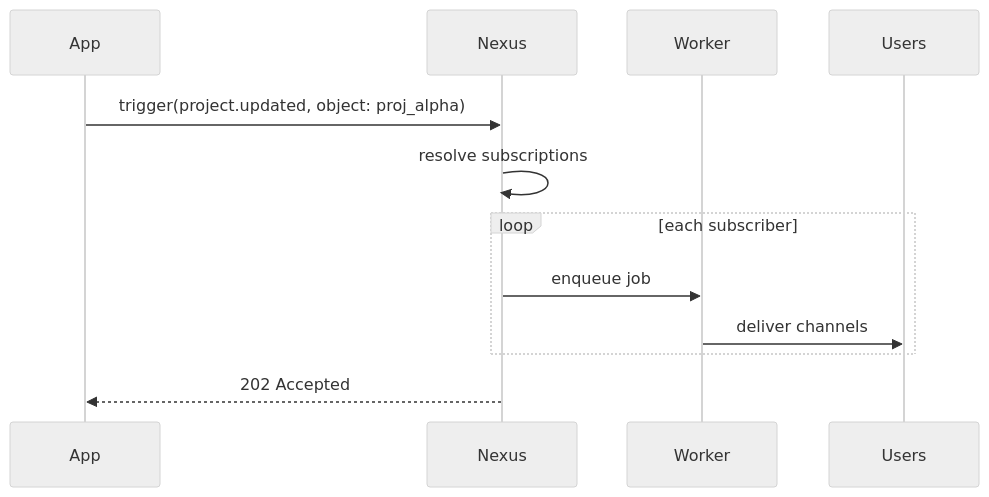
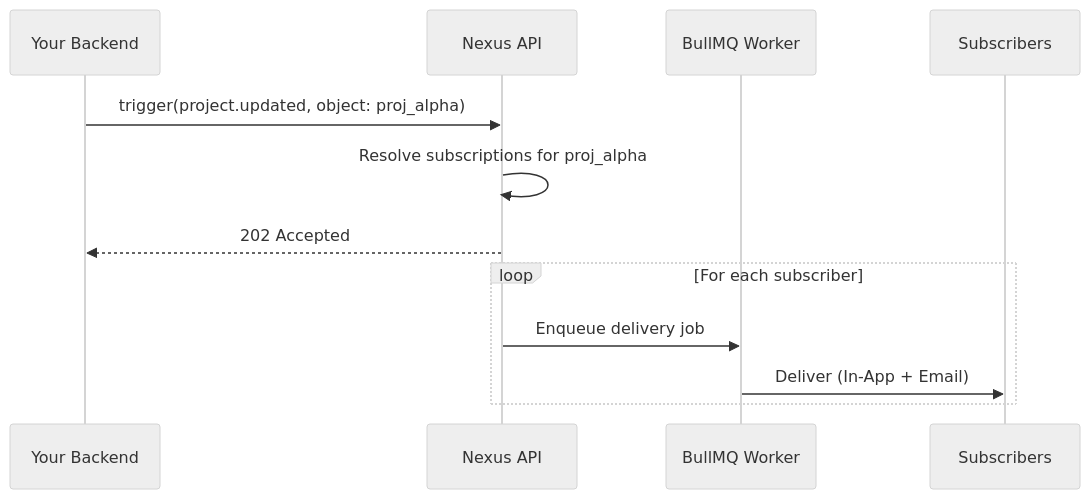
Before and after one commit to KriyanshKhunt/nexus_docs: the diagram in content/docs/en/platform/guides/object-fanout.mdx, drawn with Mermaid (neutral theme). The commit also changed other lines of this file and 4 other files, not shown here.

````diff
--- a/content/docs/en/platform/guides/object-fanout.mdx
+++ b/content/docs/en/platform/guides/object-fanout.mdx
@@ -64,15 +126,15 @@
 ```mermaid
 sequenceDiagram
-  participant App
-  participant Nexus
-  participant Worker
-  participant Users
+  participant App as Your Backend
+  participant Nexus as Nexus API
+  participant Worker as BullMQ Worker
+  participant Users as Subscribers
 
   App->>Nexus: trigger(project.updated, object: proj_alpha)
-  Nexus->>Nexus: resolve subscriptions
-  loop each subscriber
-    Nexus->>Worker: enqueue job
-    Worker->>Users: deliver channels
+  Nexus->>Nexus: Resolve subscriptions for proj_alpha
+  Nexus-->>App: 202 Accepted
+  loop For each subscriber
+    Nexus->>Worker: Enqueue delivery job
+    Worker->>Users: Deliver (In-App + Email)
   end
-  Nexus-->>App: 202 Accepted
 ```
````
